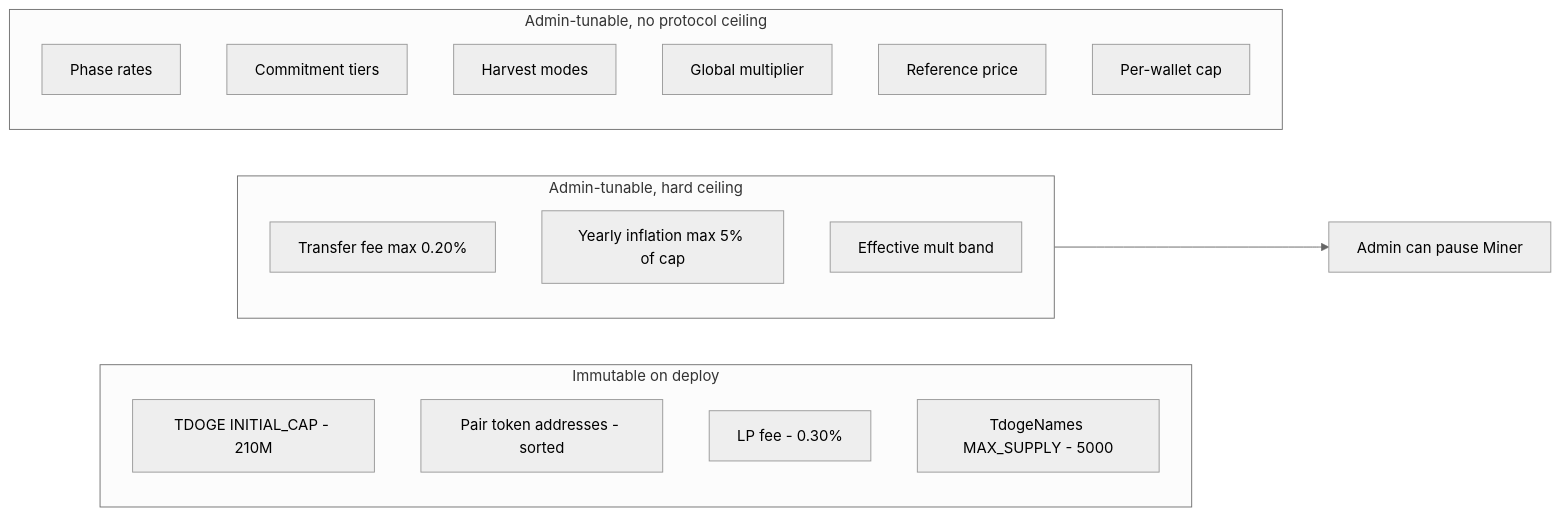
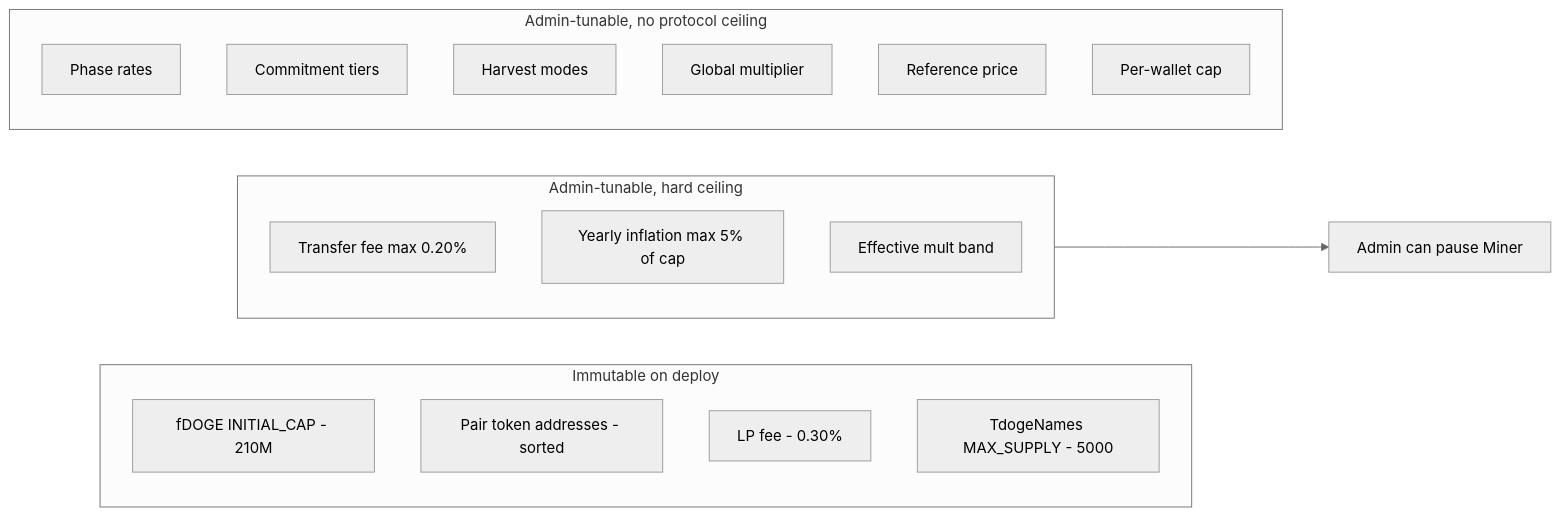
Before and after one commit to dudelynft-dotcom/DF: the second of 19 diagrams in WHITEPAPER.md, drawn with Mermaid (neutral theme). The commit also changed other lines of this file and 2 other files, not shown here.

````diff
--- a/WHITEPAPER.md
+++ b/WHITEPAPER.md
@@ -157,26 +152,26 @@
 ```mermaid
 flowchart LR
     subgraph Immutable [Immutable on deploy]
-        IC1[TDOGE INITIAL_CAP - 210M]
+        IC1[fDOGE INITIAL_CAP - 210M]
         IC2[Pair token addresses - sorted]
         IC3[LP fee - 0.30%]
         IC4[TdogeNames MAX_SUPPLY - 5000]
     end
 
     subgraph Bounded [Admin-tunable, hard ceiling]
         T1[Transfer fee max 0.20%]
         T2[Yearly inflation max 5% of cap]
         T3[Effective mult band]
     end
 
     subgraph Open [Admin-tunable, no protocol ceiling]
         O1[Phase rates]
         O2[Commitment tiers]
         O3[Harvest modes]
         O4[Global multiplier]
         O5[Reference price]
         O6[Per-wallet cap]
     end
 
     Bounded --> Pause[Admin can pause Miner]
 ```
````
